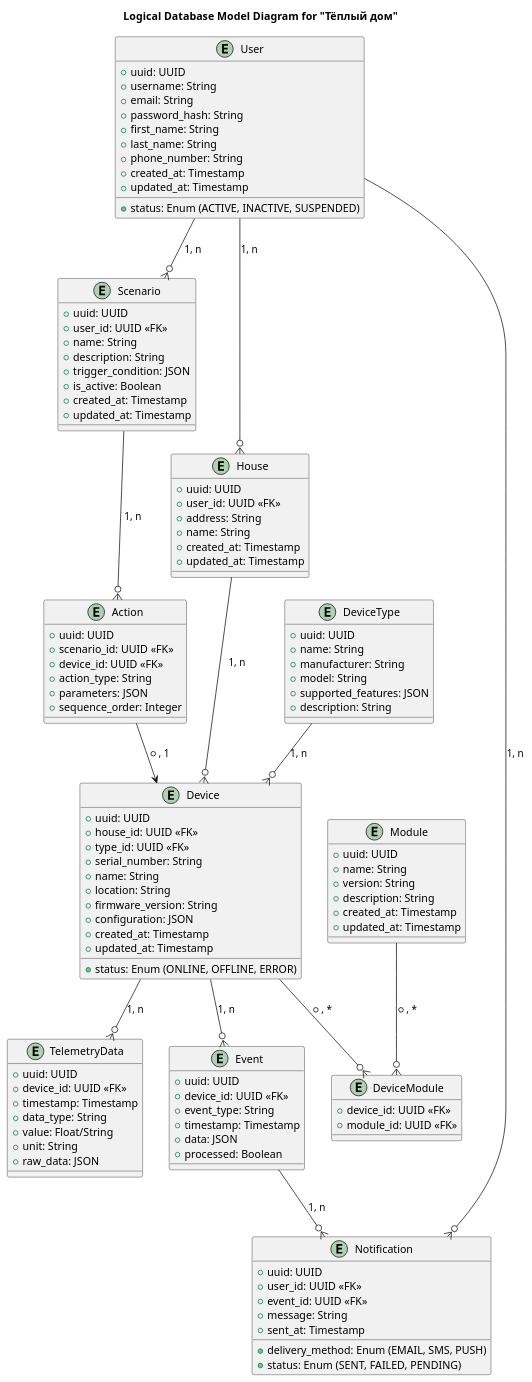
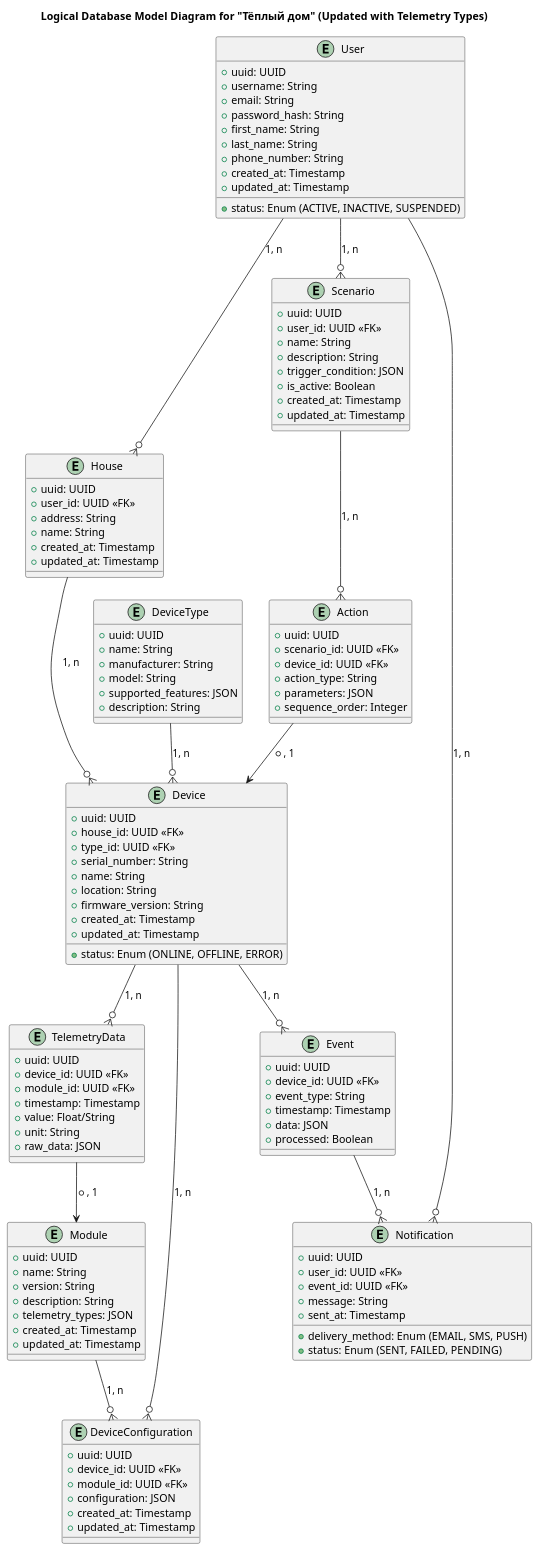
Before and after one commit to Ephraimus/architecture-sprint-3: the diagram in diagrams/er/entites.puml, drawn with PlantUML. The commit also changed 6 other files, not shown here.

```diff
--- a/diagrams/er/entites.puml
+++ b/diagrams/er/entites.puml
@@ -1,129 +1,133 @@
 @startuml
-title Logical Database Model Diagram for "Тёплый дом"
-' Логическая модель базы данных для ключевых сущностей системы «Тёплый дом»
+title Logical Database Model Diagram for "Тёплый дом" (Updated with Telemetry Types)
 
 top to bottom direction
 
 entity User {
   +uuid: UUID
   +username: String
   +email: String
   +password_hash: String
   +first_name: String
   +last_name: String
   +phone_number: String
   +created_at: Timestamp
   +updated_at: Timestamp
   +status: Enum (ACTIVE, INACTIVE, SUSPENDED)
 }
 
 entity House {
   +uuid: UUID
   +user_id: UUID <<FK>>
   +address: String
   +name: String
   +created_at: Timestamp
   +updated_at: Timestamp
 }
 
 entity Device {
   +uuid: UUID
   +house_id: UUID <<FK>>
   +type_id: UUID <<FK>>
   +serial_number: String
   +name: String
   +location: String
   +status: Enum (ONLINE, OFFLINE, ERROR)
   +firmware_version: String
-  +configuration: JSON
   +created_at: Timestamp
   +updated_at: Timestamp
 }
 
 entity DeviceType {
   +uuid: UUID
   +name: String
   +manufacturer: String
   +model: String
   +supported_features: JSON
   +description: String
 }
 
 entity Module {
   +uuid: UUID
   +name: String
   +version: String
   +description: String
+  +telemetry_types: JSON
+  +created_at: Timestamp
+  +updated_at: Timestamp
+}
+
+entity DeviceConfiguration {
+  +uuid: UUID
+  +device_id: UUID <<FK>>
+  +module_id: UUID <<FK>>
+  +configuration: JSON
   +created_at: Timestamp
   +updated_at: Timestamp
 }
 
 entity TelemetryData {
   +uuid: UUID
   +device_id: UUID <<FK>>
+  +module_id: UUID <<FK>>
   +timestamp: Timestamp
-  +data_type: String
   +value: Float/String
   +unit: String
   +raw_data: JSON
 }
 
 entity Scenario {
   +uuid: UUID
   +user_id: UUID <<FK>>
   +name: String
   +description: String
   +trigger_condition: JSON
   +is_active: Boolean
   +created_at: Timestamp
   +updated_at: Timestamp
 }
 
 entity Action {
   +uuid: UUID
   +scenario_id: UUID <<FK>>
   +device_id: UUID <<FK>>
   +action_type: String
   +parameters: JSON
   +sequence_order: Integer
 }
 
 entity Event {
   +uuid: UUID
   +device_id: UUID <<FK>>
   +event_type: String
   +timestamp: Timestamp
   +data: JSON
   +processed: Boolean
 }
 
 entity Notification {
   +uuid: UUID
   +user_id: UUID <<FK>>
   +event_id: UUID <<FK>>
   +message: String
   +sent_at: Timestamp
   +delivery_method: Enum (EMAIL, SMS, PUSH)
   +status: Enum (SENT, FAILED, PENDING)
 }
 
-entity DeviceModule {
-  +device_id: UUID <<FK>>
-  +module_id: UUID <<FK>>
-}
-
-' Определение связей между сущностями
+' Connections
 User --o{ House : "1, n"
 House --o{ Device : "1, n"
 DeviceType --o{ Device : "1, n"
 Device --o{ TelemetryData : "1, n"
+TelemetryData --> Module : "*, 1"
 User --o{ Scenario : "1, n"
 Scenario --o{ Action : "1, n"
 Action --> Device : "*, 1"
 Device --o{ Event : "1, n"
 Event --o{ Notification : "1, n"
 User --o{ Notification : "1, n"
-Device --o{ DeviceModule : "*, *"
-Module --o{ DeviceModule : "*, *"
+Device --o{ DeviceConfiguration : "1, n"
+Module --o{ DeviceConfiguration : "1, n"
 
 @enduml
```
